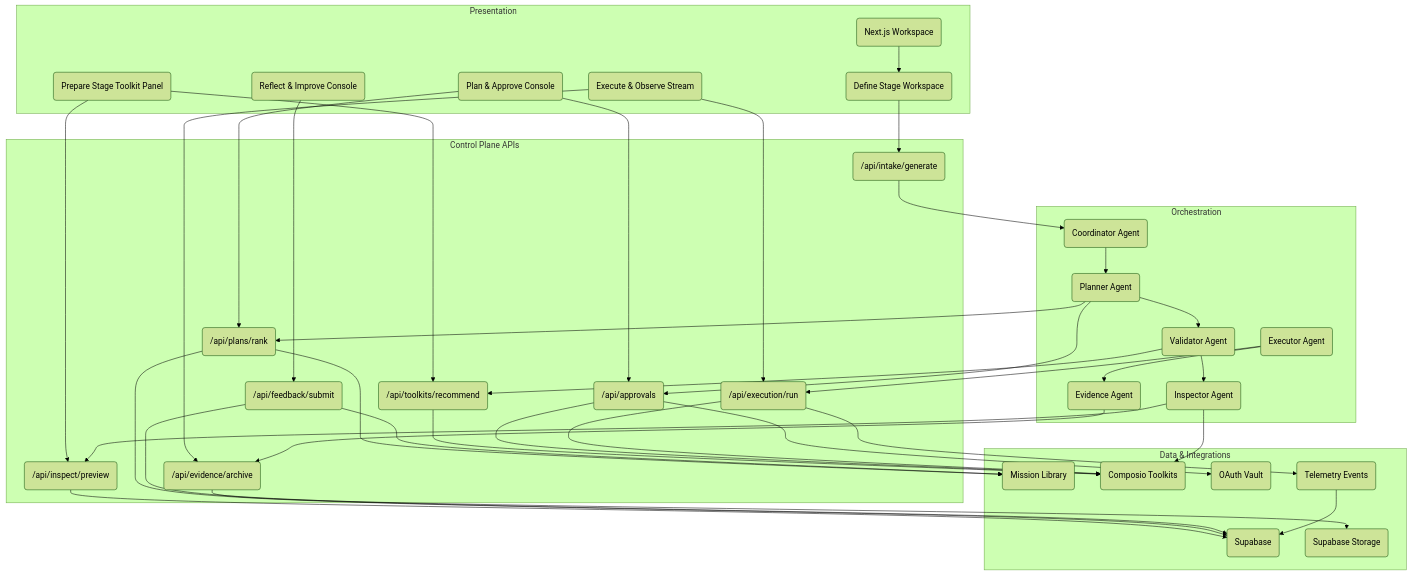
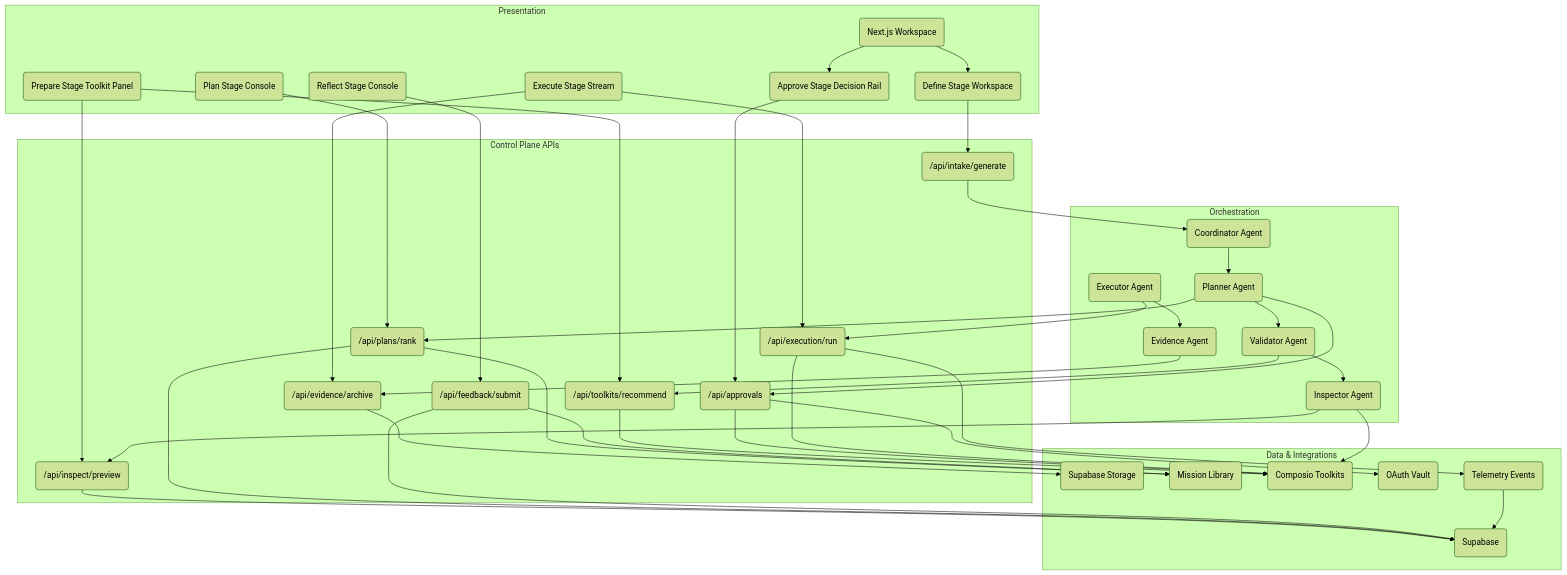
Before and after one commit to maxbaluev/ai_employee_0: the first of 2 diagrams in docs/02_system_overview.md, drawn with Mermaid (forest theme). The commit also changed other lines of this file and 13 other files, not shown here.

````diff
--- a/docs/02_system_overview.md
+++ b/docs/02_system_overview.md
@@ -48,78 +50,80 @@
 ```mermaid
 graph TB
     subgraph Presentation
         Workspace(Next.js Workspace)
         DefineStage(Define Stage Workspace)
         PrepareStage(Prepare Stage Toolkit Panel)
-        PlanStage(Plan & Approve Console)
-        ExecuteStage(Execute & Observe Stream)
-        ReflectStage(Reflect & Improve Console)
+        PlanStage(Plan Stage Console)
+        ApproveStage(Approve Stage Decision Rail)
+        ExecuteStage(Execute Stage Stream)
+        ReflectStage(Reflect Stage Console)
     end
 
     subgraph Control Plane APIs
         IntakeAPI(/api/intake/generate)
         ToolkitsAPI(/api/toolkits/recommend)
         InspectAPI(/api/inspect/preview)
         PlannerAPI(/api/plans/rank)
         ApprovalAPI(/api/approvals)
         ExecutionAPI(/api/execution/run)
         EvidenceAPI(/api/evidence/archive)
         FeedbackAPI(/api/feedback/submit)
     end
 
     subgraph Orchestration
         Coordinator(Coordinator Agent)
         Planner(Planner Agent)
         Validator(Validator Agent)
         Executor(Executor Agent)
         EvidenceAgent(Evidence Agent)
         Inspector(Inspector Agent)
     end
 
     subgraph Data & Integrations
         Supabase(Supabase)
         Storage(Supabase Storage)
         Library(Mission Library)
         Composio(Composio Toolkits)
         OAuth(OAuth Vault)
         Telemetry(Telemetry Events)
     end
 
     Workspace --> DefineStage
+    Workspace --> ApproveStage
     DefineStage --> IntakeAPI
     IntakeAPI --> Coordinator
     Coordinator --> Planner
 
     PrepareStage --> ToolkitsAPI
     PrepareStage --> InspectAPI
     Validator --> Inspector
     Inspector --> InspectAPI
     Inspector --> Composio
     InspectAPI --> Supabase
 
     PlanStage --> PlannerAPI
-    PlanStage --> ApprovalAPI
+    ApproveStage --> ApprovalAPI
     Planner --> PlannerAPI
     PlannerAPI --> Supabase
     PlannerAPI --> Library
     Planner --> Validator
     Validator --> ToolkitsAPI
     ToolkitsAPI --> Composio
     Planner --> ApprovalAPI
     ApprovalAPI --> OAuth
     ApprovalAPI --> Composio
 
     ExecuteStage --> ExecutionAPI
     ExecuteStage --> EvidenceAPI
     Executor --> ExecutionAPI
     ExecutionAPI --> Composio
     ExecutionAPI --> Telemetry
     Executor --> EvidenceAgent
     EvidenceAgent --> EvidenceAPI
     EvidenceAPI --> Storage
 
     ReflectStage --> FeedbackAPI
     FeedbackAPI --> Supabase
     FeedbackAPI --> Library
     Telemetry --> Supabase
 ```
````
